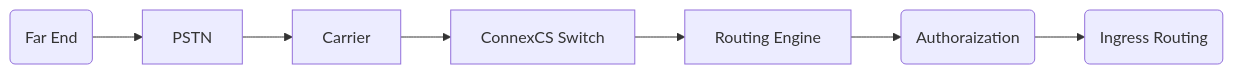
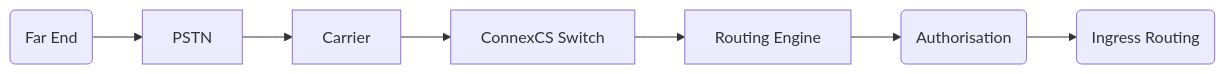
The second of 3 diagrams in docs/routing.md (connexcs/docs), drawn with Mermaid before and after one commit. The commit also changed other lines of this file, not shown here.

````diff
--- a/docs/routing.md
+++ b/docs/routing.md
@@ -33,9 +33,9 @@
 ```mermaid
 graph LR
 A(Far End) --> B[PSTN]
 B --> C[Carrier]
 C --> D[ConnexCS Switch]
 D --> E[Routing Engine]
-E --> F(Authoraization)
+E --> F(Authorisation)
 F --> G(Ingress Routing)
 ```
````
